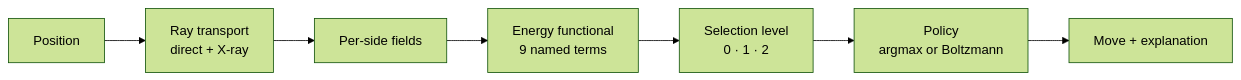
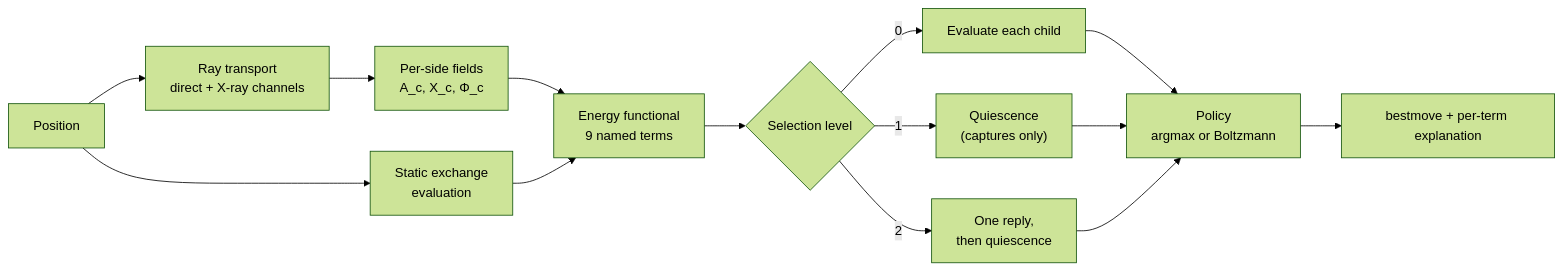
Before and after one commit to sr2echa/Nabla: the diagram in README.md, drawn with Mermaid (forest theme). The commit also changed other lines of this file and 7 other files, not shown here.

````diff
--- a/README.md
+++ b/README.md
@@ -32,9 +58,16 @@
 ```mermaid
 flowchart LR
-    S["Position"] --> T["Ray transport<br/>direct + X-ray"]
-    T --> F["Per-side fields"]
+    S["Position"] --> T["Ray transport<br/>direct + X-ray channels"]
+    T --> F["Per-side fields<br/>A_c, X_c, Φ_c"]
+    S --> X["Static exchange<br/>evaluation"]
     F --> E["Energy functional<br/>9 named terms"]
-    E --> L["Selection level<br/>0 · 1 · 2"]
-    L --> P["Policy<br/>argmax or Boltzmann"]
-    P --> M["Move + explanation"]
+    X --> E
+    E --> L{"Selection level"}
+    L -->|"0"| L0["Evaluate each child"]
+    L -->|"1"| L1["Quiescence<br/>(captures only)"]
+    L -->|"2"| L2["One reply,<br/>then quiescence"]
+    L0 --> P["Policy<br/>argmax or Boltzmann"]
+    L1 --> P
+    L2 --> P
+    P --> M["bestmove + per-term explanation"]
 ```
````
